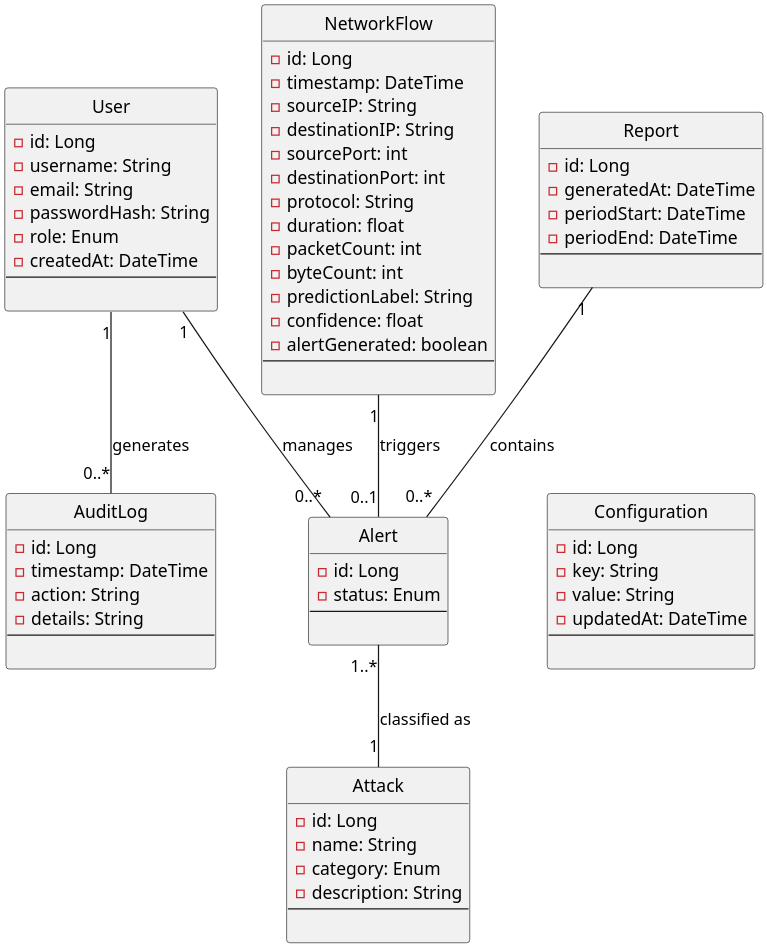
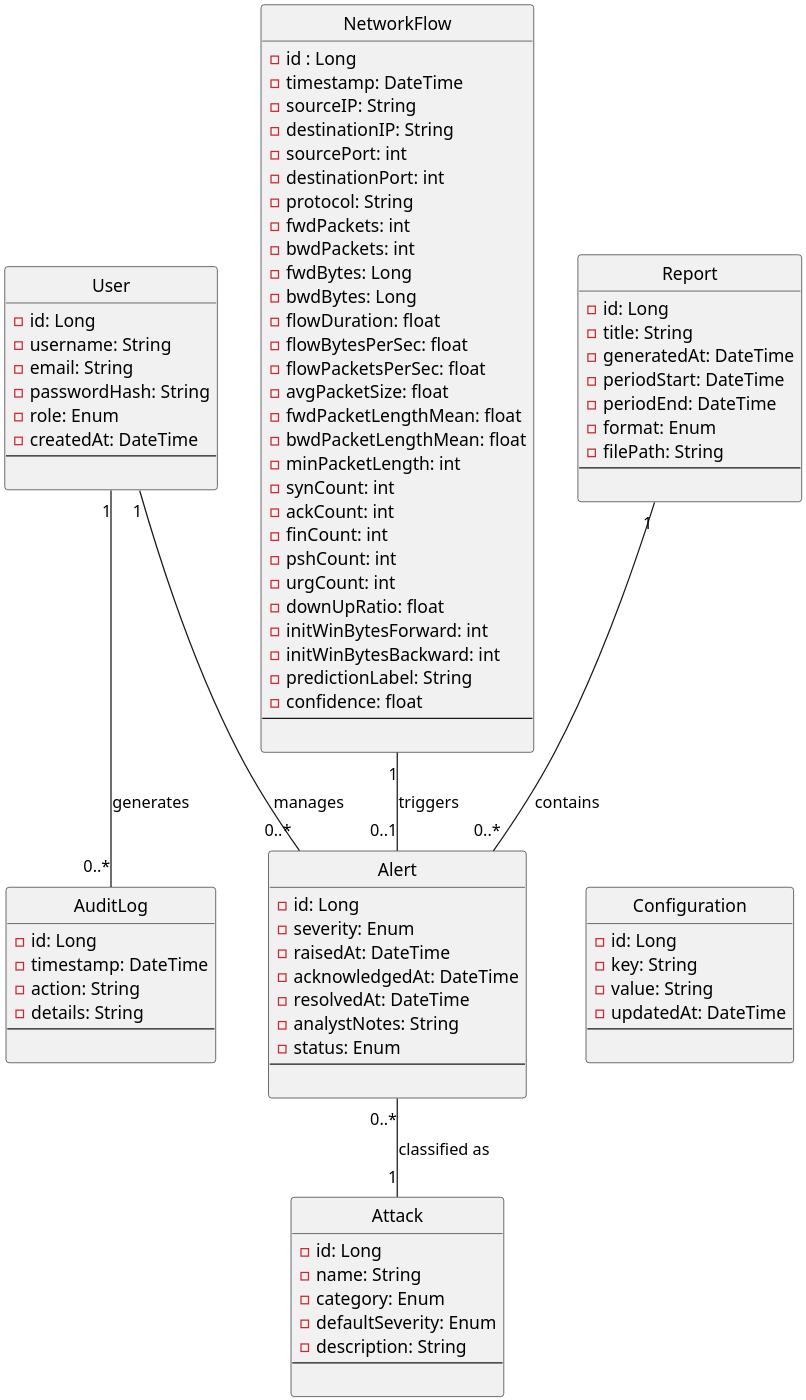
One commit to Amira-BOUAFIF/pfe-nids-report changed the diagram in diagrams/code/classdiagram.puml. Above: the diagram before and after it, drawn with PlantUML. The commit also changed 4 other files, not shown here.

Commit message:
db schema + class diagram update

```diff
--- a/diagrams/code/classdiagram.puml
+++ b/diagrams/code/classdiagram.puml
@@ -1,132 +1,121 @@
-@startuml class
+@startuml class1
 skinparam dpi 300
 hide circle
 
-' ─── Enums ────────────────────────────────────────────
-/'
-enum Role {
-  ADMIN
-  IT_MANAGER
-}
-
-enum AlertStatus {
-  NEW
-  REVIEWED
-  DISMISSED
-}
-
-enum AttackCategory {
-  BENIGN
-  DOS
-  PROBE
-  BRUTE_FORCE
-  WEB_ATTACK
-  BOTNET
-  INFILTRATION
-}
-'/
-' ─── Core Classes ─────────────────────────────────────
+' Core Classes 
 
 class User {
-  - id: Long
-  - username: String
-  - email: String
-  - passwordHash: String
-  - role: Enum
-  - createdAt: DateTime
-  --
+    - id: Long
+    - username: String
+    - email: String
+    - passwordHash: String
+    - role: Enum
+    - createdAt: DateTime
+    --
 
-  '+ login() : void
-  '+ logout() : void
 }
 
 class Alert {
-  - id: Long
-  - status: Enum
-  --
+    - id: Long
+    - severity: Enum
+    - raisedAt: DateTime
+    - acknowledgedAt: DateTime
+    - resolvedAt: DateTime
+    - analystNotes: String
+    - status: Enum
+    --
 
-  '+ updateStatus(status : AlertStatus) : void
 }
 
 class Attack {
-  - id: Long
-  - name: String
-  - category: Enum
-  - description: String
-  --
+    - id: Long
+    - name: String
+    - category: Enum
+    - defaultSeverity: Enum
+    - description: String
+    --
 
 }
 
 class NetworkFlow {
-  - id: Long
-  - timestamp: DateTime
-  - sourceIP: String
-  - destinationIP: String
-  - sourcePort: int
-  - destinationPort: int
-  - protocol: String
-  - duration: float
-  - packetCount: int
-  - byteCount: int
-  - predictionLabel: String
-  - confidence: float
-  - alertGenerated: boolean
-  --
+    - id : Long
+    - timestamp: DateTime
+    - sourceIP: String
+    - destinationIP: String
+    - sourcePort: int
+    - destinationPort: int
+    - protocol: String
+    - fwdPackets: int
+    - bwdPackets: int
+    - fwdBytes: Long
+    - bwdBytes: Long
+    - flowDuration: float
+    - flowBytesPerSec: float
+    - flowPacketsPerSec: float
+    - avgPacketSize: float
+    - fwdPacketLengthMean: float
+    - bwdPacketLengthMean: float
+    - minPacketLength: int
+    - synCount: int
+    - ackCount: int
+    - finCount: int
+    - pshCount: int
+    - urgCount: int
+    - downUpRatio: float
+    - initWinBytesForward: int
+    - initWinBytesBackward: int
+    - predictionLabel: String
+    - confidence: float  
+    --
 
 }
 
 class AuditLog {
-  - id: Long
-  - timestamp: DateTime
-  - action: String
-  - details: String
-  --
+    - id: Long
+    - timestamp: DateTime
+    - action: String
+    - details: String
+    --
 
 }
 
 class Report {
-  - id: Long
-  - generatedAt: DateTime
-  - periodStart: DateTime
-  - periodEnd: DateTime 
-  '- totalAlerts: int
-  '- totalFlows: int
-  '- topAttackType: String
-  --
+    - id: Long
+    - title: String
+    - generatedAt: DateTime
+    - periodStart: DateTime
+    - periodEnd: DateTime 
+    - format: Enum
+    - filePath: String
+    --
 
 }
 
 class Configuration {
-  - id: Long
-  - key: String
-  - value: String
-  - updatedAt: DateTime
-  --
+    - id: Long
+    - key: String
+    - value: String
+    - updatedAt: DateTime
+    --
 
 }
 
-' ─── Enum Relationships ───────────────────────────────
-/'
-User       -->  Role           : has >
-Alert      -->  AlertStatus    : has >
-AttackType -->  AttackCategory : has >
-'/
 ' ─── Class Relationships ──────────────────────────────
 
 ' A flow triggers at most one alert
 NetworkFlow "1"   --  "0..1"  Alert      : triggers 
 
 ' An alert is classified as one attack type
-Alert          "1..*"   --  "1"     Attack : classified as 
+Alert          "0..*"   --  "1"     Attack : classified as 
 
 ' Admin manages alert status
 User           "1"   --  "0..*"  Alert      : manages 
 
 ' User actions recorded in audit log
 User           "1"   --  "0..*"  AuditLog   : generates
 
 ' Report aggregates alerts over a period
 Report         "1"   --  "0..*"  Alert      : contains 
 
 Report -[hidden]- Configuration
 @enduml
```
